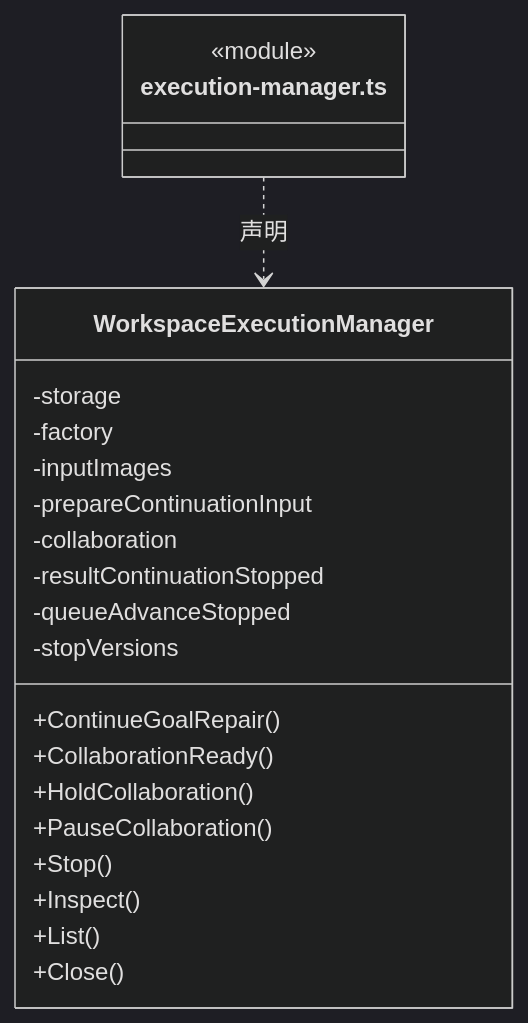
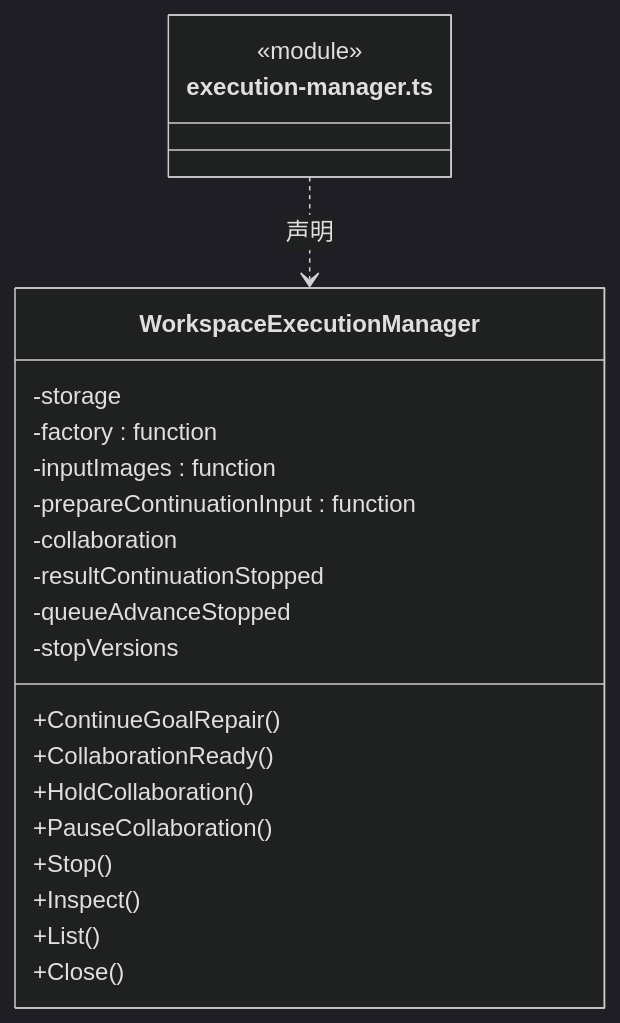
The fifth of 12 diagrams in src/logic/conversation/runtime/ARCHITECTURE.md (nan023062/cbim), drawn with Mermaid (dark theme) before and after one commit. The commit also changed other lines of this file and 137 other files, not shown here.

Commit message:
fix: align architecture generator with documentation standards

````diff
--- a/src/logic/conversation/runtime/ARCHITECTURE.md
+++ b/src/logic/conversation/runtime/ARCHITECTURE.md
@@ -378,25 +382,25 @@
 ```mermaid
 classDiagram
 class N_src_logic_conversation_runtime_execution_manager_ts["execution-manager.ts"] {
   <<module>>
 }
 class N_src_logic_conversation_runtime_execution_manager_ts_WorkspaceExecutionManager["WorkspaceExecutionManager"] {
   +ContinueGoalRepair()
   +CollaborationReady()
   +HoldCollaboration()
   +PauseCollaboration()
   +Stop()
   +Inspect()
   +List()
   +Close()
   -storage
-  -factory
-  -inputImages
-  -prepareContinuationInput
+  -factory : function
+  -inputImages : function
+  -prepareContinuationInput : function
   -collaboration
   -resultContinuationStopped
   -queueAdvanceStopped
   -stopVersions
 }
 N_src_logic_conversation_runtime_execution_manager_ts ..> N_src_logic_conversation_runtime_execution_manager_ts_WorkspaceExecutionManager : 声明
 ```
````
